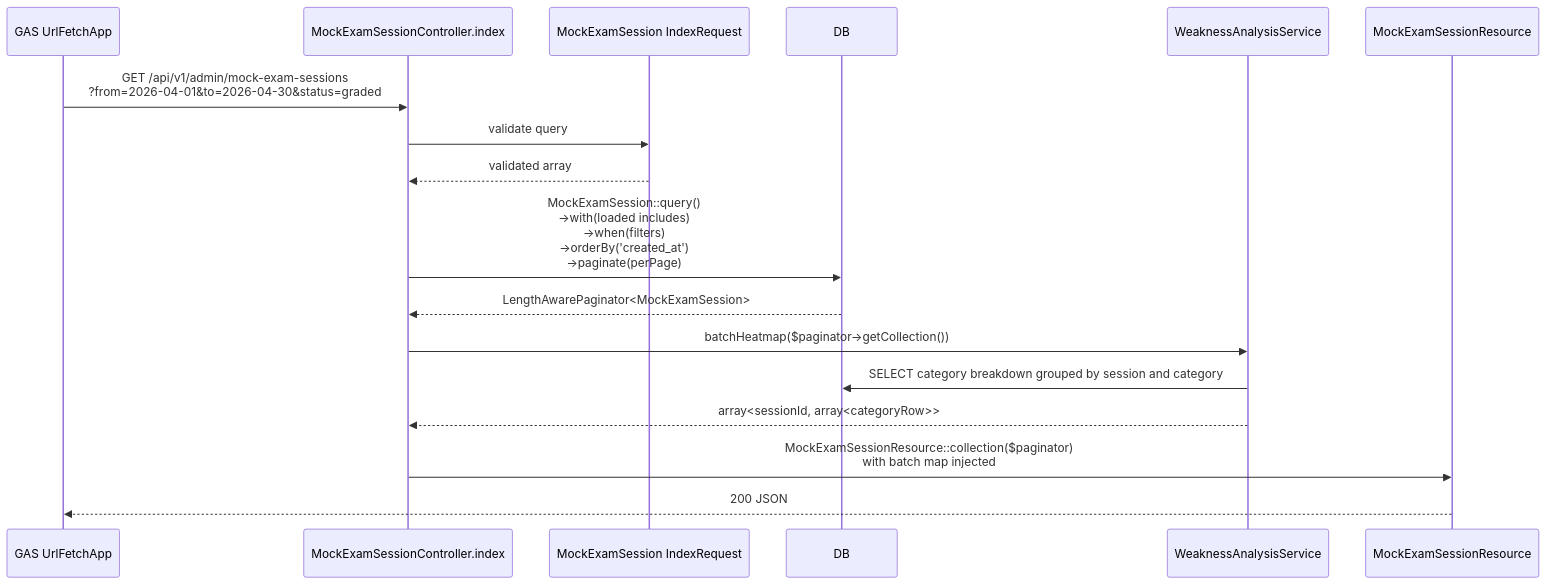
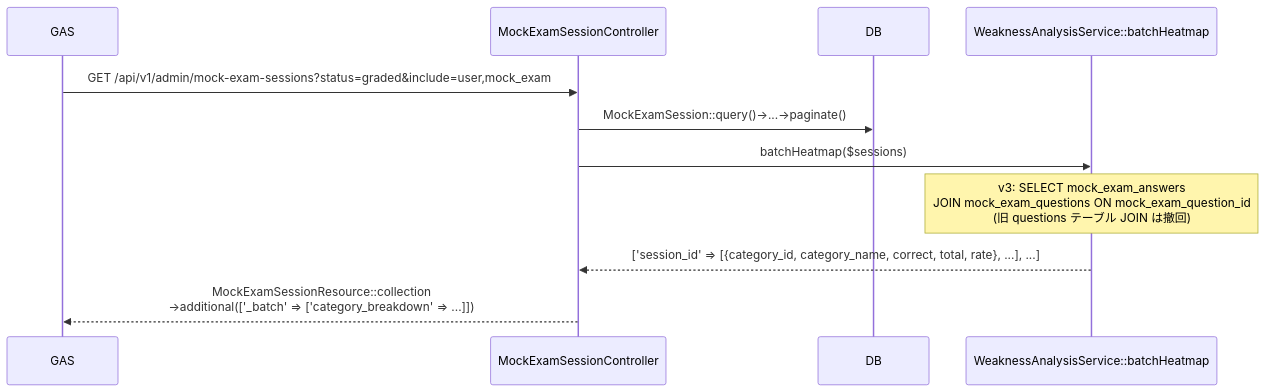
Before and after one commit to coachtech-mockcase-second/ExampleAnswer-mockcase-CertifyLMS: the fourth of 4 diagrams in docs/specs/analytics-export/design.md, drawn with Mermaid. The commit also changed other lines of this file and 67 other files, not shown here.

````diff
--- a/docs/specs/analytics-export/design.md
+++ b/docs/specs/analytics-export/design.md
@@ -141,20 +87,14 @@
 ```mermaid
 sequenceDiagram
-    participant GAS as GAS UrlFetchApp
-    participant MC as MockExamSessionController.index
-    participant MR as MockExamSession IndexRequest
-    participant DB as DB
-    participant WAS as WeaknessAnalysisService
-    participant MRes as MockExamSessionResource
+    participant GAS
+    participant MC as MockExamSessionController
+    participant DB
+    participant WeaknessSvc as WeaknessAnalysisService::batchHeatmap
 
-    GAS->>MC: GET /api/v1/admin/mock-exam-sessions<br/>?from=2026-04-01&to=2026-04-30&status=graded
-    MC->>MR: validate query
-    MR-->>MC: validated array
-    MC->>DB: MockExamSession::query()<br/>->with(loaded includes)<br/>->when(filters)<br/>->orderBy('created_at')<br/>->paginate(perPage)
-    DB-->>MC: LengthAwarePaginator<MockExamSession>
-    MC->>WAS: batchHeatmap($paginator->getCollection())
-    WAS->>DB: SELECT category breakdown grouped by session and category
-    WAS-->>MC: array<sessionId, array<categoryRow>>
-    MC->>MRes: MockExamSessionResource::collection($paginator)<br/>with batch map injected
-    MRes-->>GAS: 200 JSON
+    GAS->>MC: GET /api/v1/admin/mock-exam-sessions?status=graded&include=user,mock_exam
+    MC->>DB: MockExamSession::query()->...->paginate()
+    MC->>WeaknessSvc: batchHeatmap($sessions)
+    Note over WeaknessSvc: v3: SELECT mock_exam_answers<br/>JOIN mock_exam_questions ON mock_exam_question_id<br/>(旧 questions テーブル JOIN は撤回)
+    WeaknessSvc-->>MC: ['session_id' => [{category_id, category_name, correct, total, rate}, ...], ...]
+    MC-->>GAS: MockExamSessionResource::collection<br/>->additional(['_batch' => ['category_breakdown' => ...]])
 ```
````
